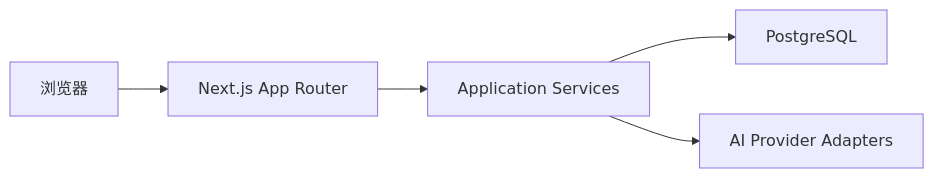
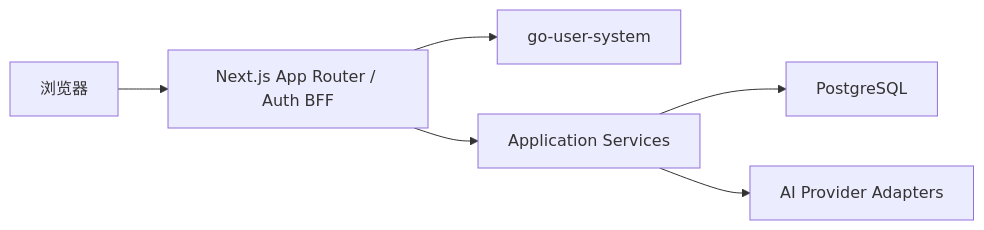
Before and after one commit to Yotoha0303/KnowTrace: the diagram in docs/06-architecture.md, drawn with Mermaid. The commit also changed other lines of this file and 31 other files, not shown here.

Commit message:
feat: integrate go-user-system authentication

````diff
--- a/docs/06-architecture.md
+++ b/docs/06-architecture.md
@@ -9,7 +9,8 @@
 ```mermaid
 flowchart LR
-    BROWSER["浏览器"] --> NEXT["Next.js App Router"]
+    BROWSER["浏览器"] --> NEXT["Next.js App Router / Auth BFF"]
+    NEXT --> AUTH["go-user-system"]
     NEXT --> SERVICE["Application Services"]
     SERVICE --> DB["PostgreSQL"]
     SERVICE --> AI["AI Provider Adapters"]
 ```
````
